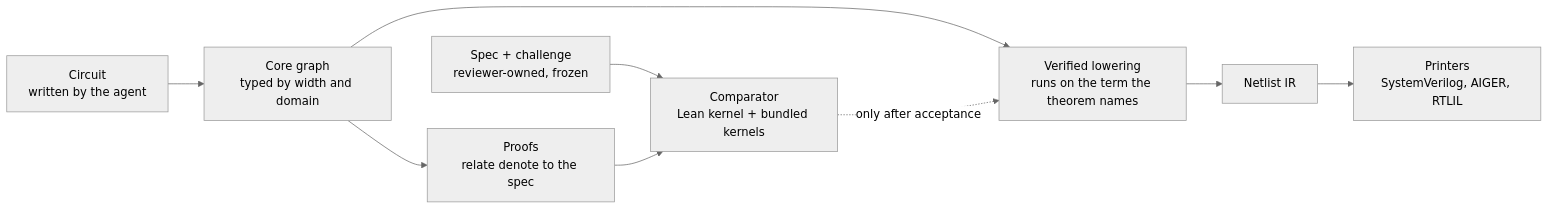
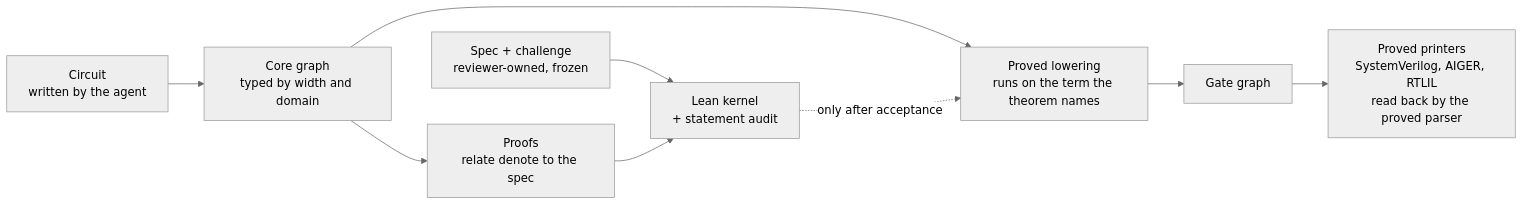
The diagram in docs/Design.md (nathsou/HDLean), drawn with Mermaid (neutral theme) before and after one commit. The commit also changed other lines of this file and 103 other files, not shown here.

First line of the commit message:
Consolidate: one proved pipeline, official kernel only, readable challenges

````diff
--- a/docs/Design.md
+++ b/docs/Design.md
@@ -62,8 +62,8 @@
 ```mermaid
 flowchart LR
-  spec["Spec + challenge<br/>reviewer-owned, frozen"] --> comp
-  circuit["Circuit<br/>written by the agent"] --> ast["Core graph<br/>typed by width and domain"] --> proofs["Proofs<br/>relate denote to the spec"] --> comp["Comparator<br/>Lean kernel + bundled kernels"]
-  ast --> lower["Verified lowering<br/>runs on the term the theorem names"]
-  comp -. only after acceptance .-> lower
-  lower --> netlist["Netlist IR"] --> printers["Printers<br/>SystemVerilog, AIGER, RTLIL"]
+  spec["Spec + challenge<br/>reviewer-owned, frozen"] --> audit
+  circuit["Circuit<br/>written by the agent"] --> ast["Core graph<br/>typed by width and domain"] --> proofs["Proofs<br/>relate denote to the spec"] --> audit["Lean kernel<br/>+ statement audit"]
+  ast --> lower["Proved lowering<br/>runs on the term the theorem names"]
+  audit -. only after acceptance .-> lower
+  lower --> netlist["Gate graph"] --> printers["Proved printers<br/>SystemVerilog, AIGER, RTLIL<br/>read back by the proved parser"]
 ```
````
